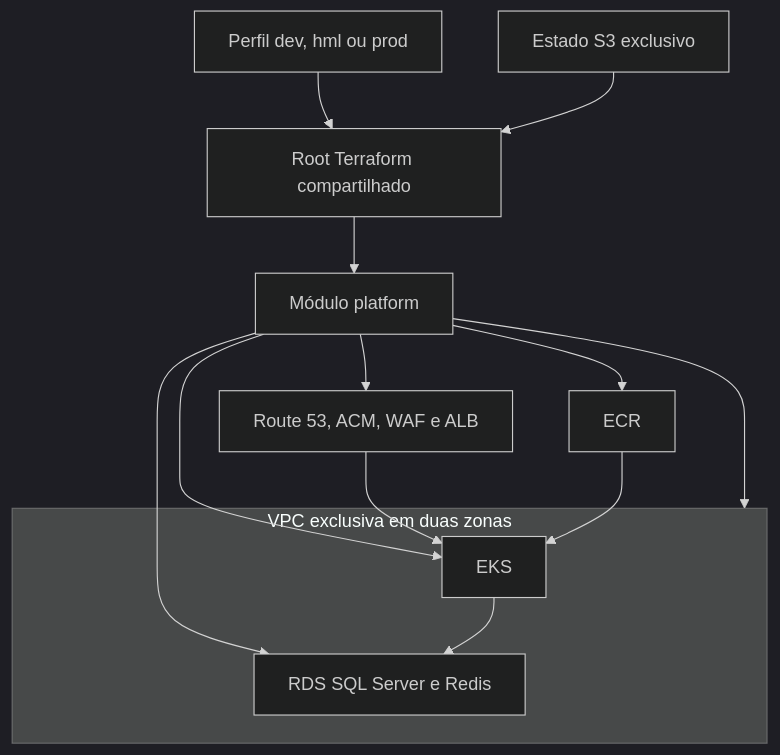
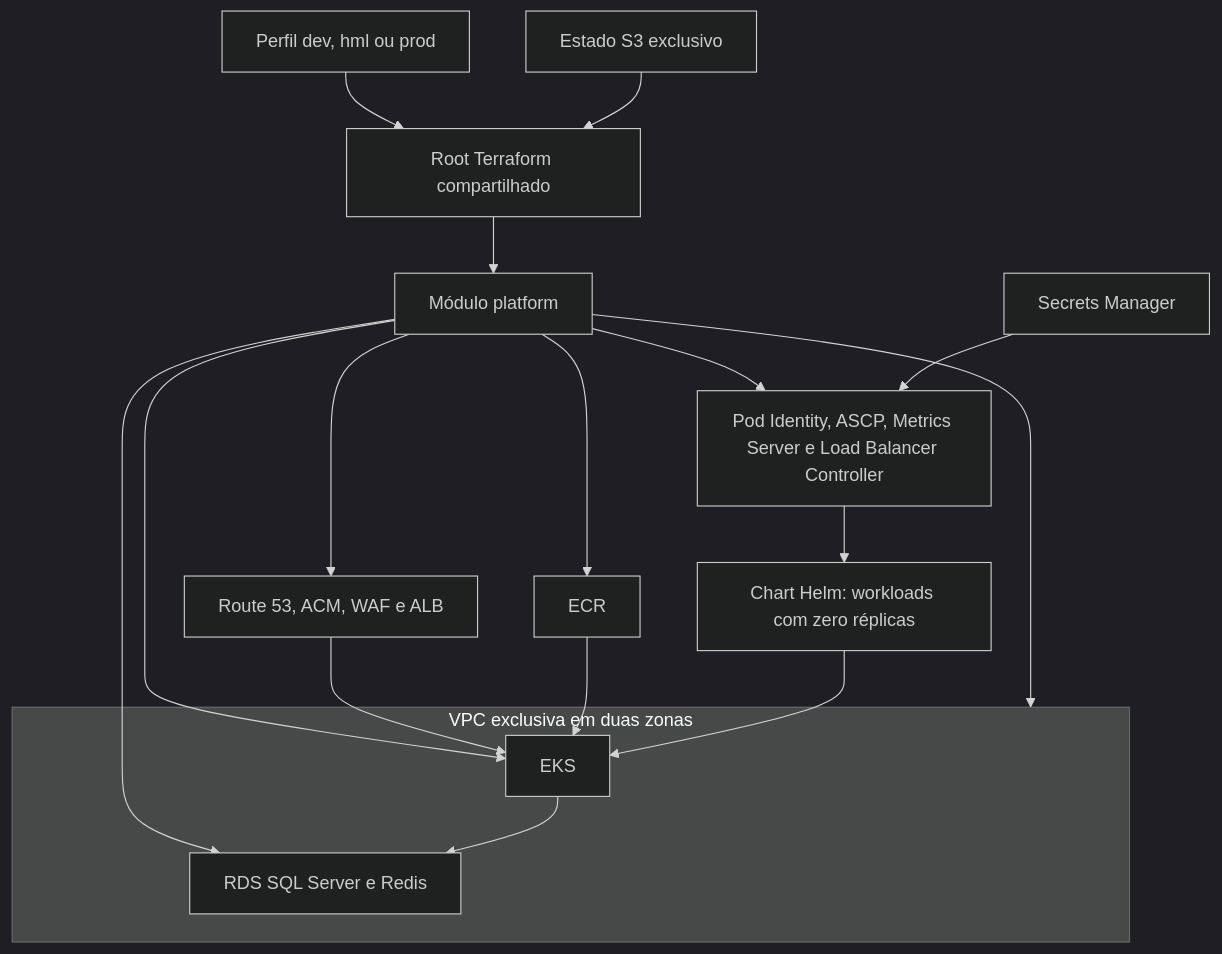
One commit to wellingtonfds/shipment-tracking-infra changed the diagram in architecture/architecture.md. Above: the diagram before and after it, drawn with Mermaid (dark theme). The commit also changed other lines of this file and 21 other files, not shown here.

Commit message:
refactor(deploy): centralizar baseline dos workloads

````diff
--- a/architecture/architecture.md
+++ b/architecture/architecture.md
@@ -3,18 +3,22 @@
 ```mermaid
 flowchart TB
   Config[Perfil dev, hml ou prod] --> Root[Root Terraform compartilhado]
   State[Estado S3 exclusivo] --> Root
   Root --> Module[Módulo platform]
   Module --> VPC
   Module --> Edge[Route 53, ACM, WAF e ALB]
   Module --> EKS
   Module --> Data[RDS SQL Server e Redis]
   Module --> ECR
+  Module --> Addons[Pod Identity, ASCP, Metrics Server e Load Balancer Controller]
+  Addons --> Baseline[Chart Helm: workloads com zero réplicas]
+  Secrets[Secrets Manager] --> Addons
 
   subgraph VPC[VPC exclusiva em duas zonas]
     EKS --> Data
   end
 
   Edge --> EKS
   ECR --> EKS
+  Baseline --> EKS
 ```
````
